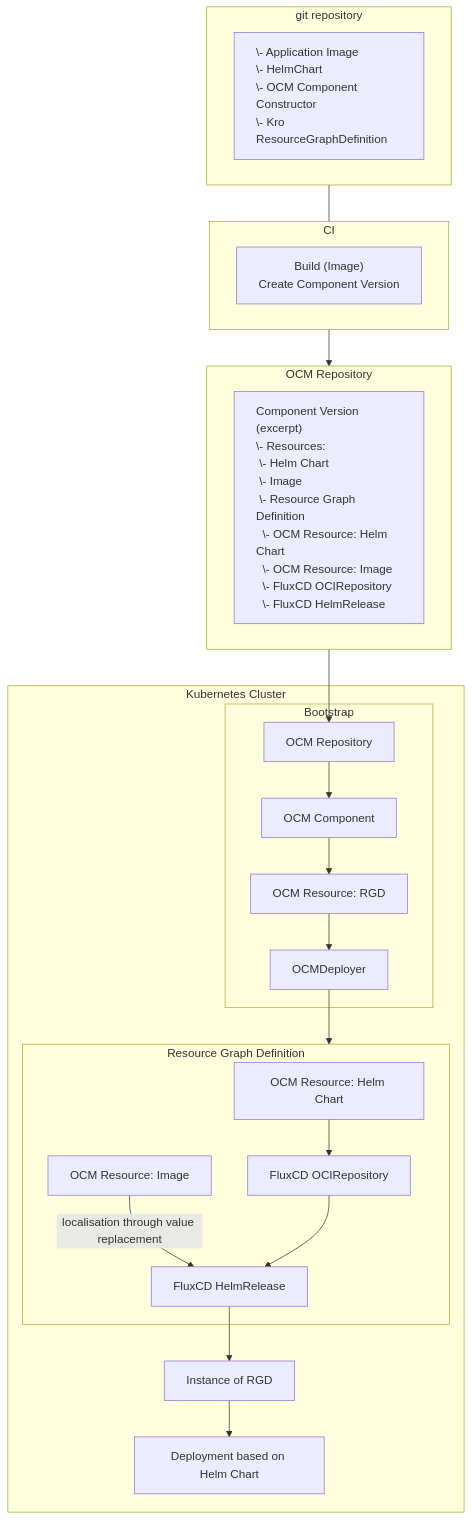
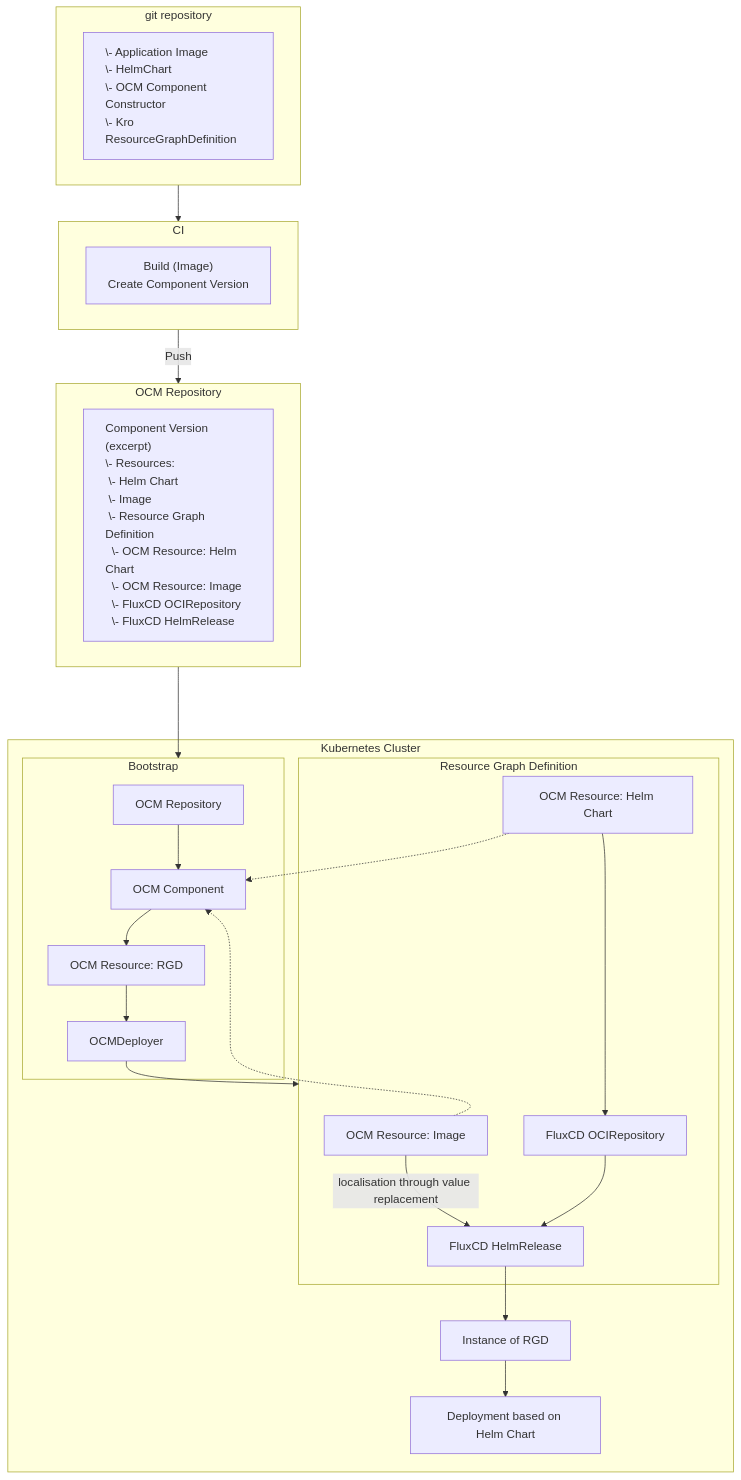
The diagram in docs/adr/deployer.md (open-component-model/ocm-k8s-toolkit), drawn with Mermaid before and after one commit.

Commit message:
adjust mermaid chart

````diff
--- a/docs/adr/deployer.md
+++ b/docs/adr/deployer.md
@@ -110,52 +110,54 @@
 ```mermaid
 graph TD
   style git-content text-align:left
   style component-version text-align:left
   subgraph gitrepo["git repository"]
     git-content["\- Application Image
 \- HelmChart
 \- OCM Component Constructor
 \- Kro ResourceGraphDefinition"]
   end
   subgraph ci[CI]
     ci-content["Build (Image)<br>Create Component Version"]
   end
   subgraph ocmrepo["OCM Repository"]
     component-version["Component Version (excerpt)
 \- Resources:
 #nbsp;\- Helm Chart
 #nbsp;\- Image
 #nbsp;\- Resource Graph Definition
 #nbsp;#nbsp;\- OCM Resource: Helm Chart
 #nbsp;#nbsp;\- OCM Resource: Image
 #nbsp;#nbsp;\- FluxCD OCIRepository
 #nbsp;#nbsp;\- FluxCD HelmRelease"]
   end
   subgraph cluster["Kubernetes Cluster"]
     subgraph bootstrap["Bootstrap"]
       bootstrap-ocm-repo["OCM Repository"]
       bootstrap-ocm-component["OCM Component"]
       bootstrap-ocm-res["OCM Resource: RGD"]
       bootstrap-ocm-deployer["OCMDeployer"]
     end
     subgraph rgd["Resource Graph Definition"]
+      rgd-ocm-img["OCM Resource: Image"]
       rgd-ocm-img-helm-chart["OCM Resource: Helm Chart"]
-      rgd-ocm-img["OCM Resource: Image"]
       fluxcd-ocirepository["FluxCD OCIRepository"]
       fluxcd-helmrelease["FluxCD HelmRelease"]
     end
     instance["Instance of RGD"]
     deployment["Deployment based on Helm Chart"]
   end
 
-  gitrepo --- ci
-  ci --> ocmrepo
-  ocmrepo --> bootstrap-ocm-repo
+  gitrepo --> ci
+  ci -- Push --> ocmrepo
+  ocmrepo ---> bootstrap
   bootstrap-ocm-repo --> bootstrap-ocm-component --> bootstrap-ocm-res --> bootstrap-ocm-deployer
   bootstrap-ocm-deployer --> rgd
+  rgd-ocm-img-helm-chart -.-> bootstrap-ocm-component
+  rgd-ocm-img -.-> bootstrap-ocm-component
   rgd-ocm-img-helm-chart --> fluxcd-ocirepository
   rgd-ocm-img -- localisation through value replacement --> fluxcd-helmrelease
   fluxcd-ocirepository --> fluxcd-helmrelease
   fluxcd-helmrelease --> instance
   instance --> deployment
 ```
````
